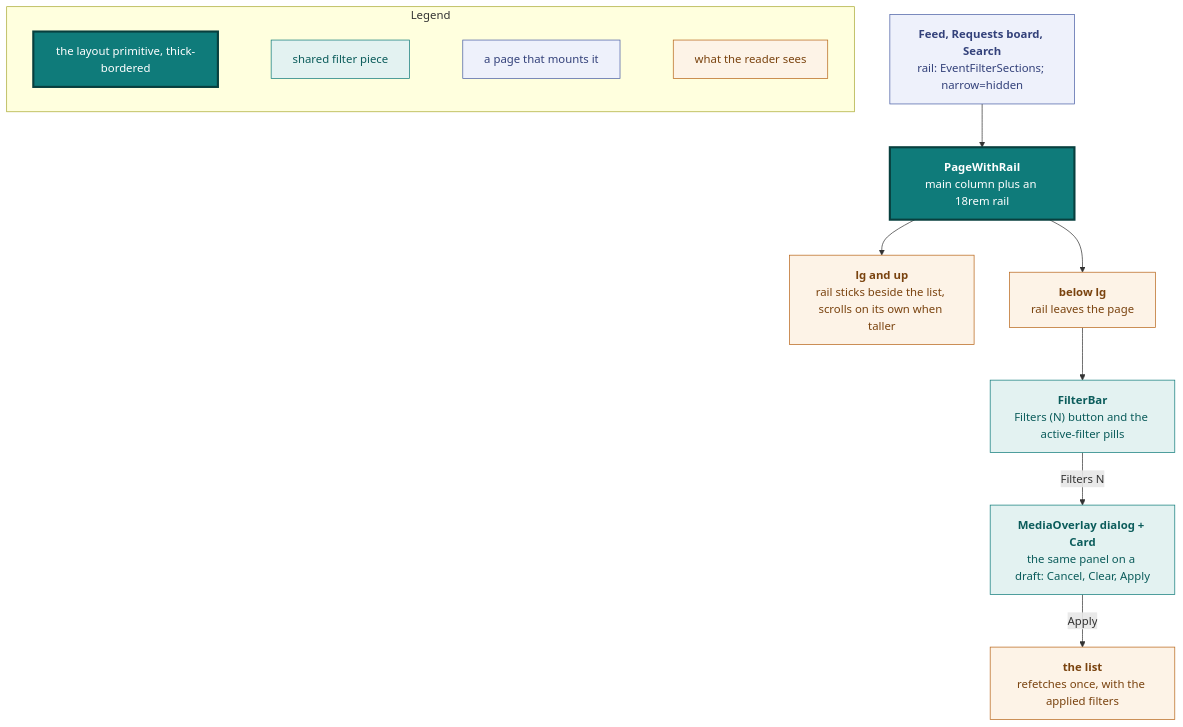
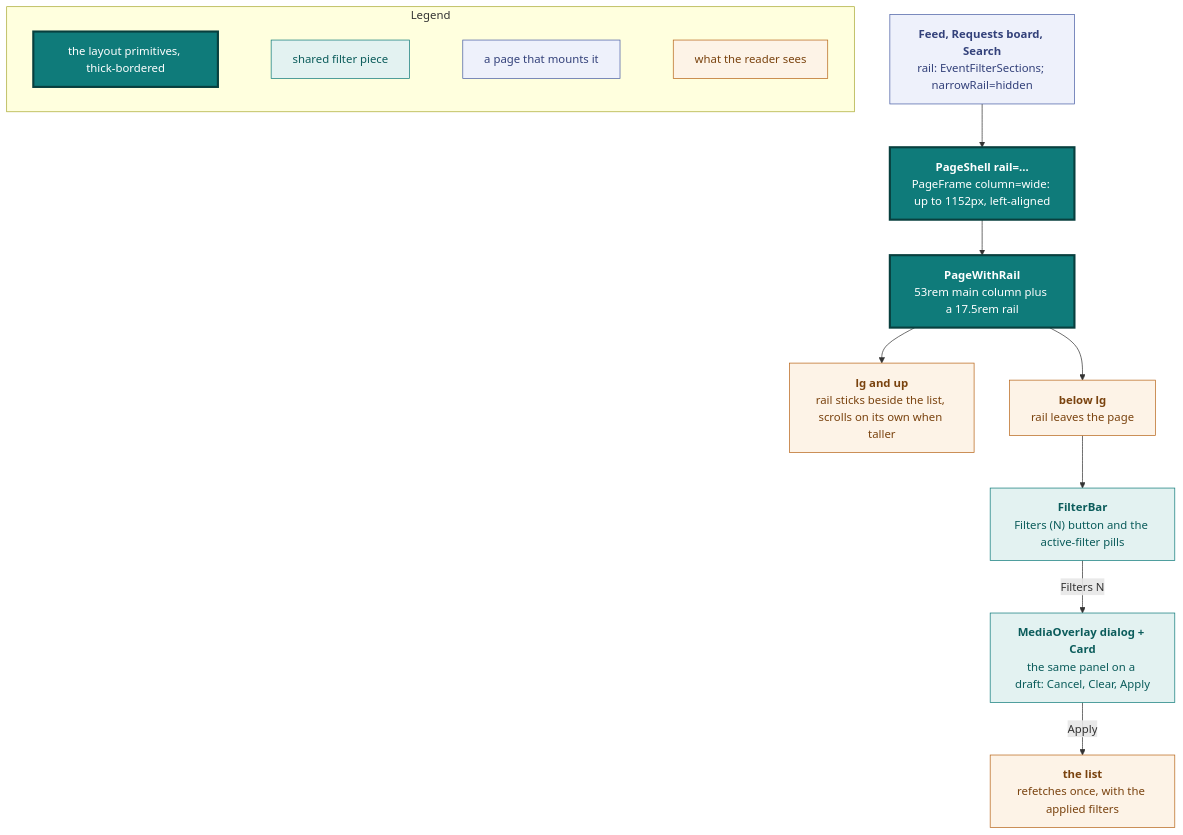
Before and after one commit to vidithq/vidit: the third of 9 diagrams in docs/design.md, drawn with Mermaid. The commit also changed other lines of this file and 9 other files, not shown here.

First line of the commit message:
feat: share one left-aligned page container across the app

````diff
--- a/docs/design.md
+++ b/docs/design.md
@@ -342,38 +342,40 @@
 ```mermaid
 flowchart TB
   classDef shared fill:#e3f2f1,stroke:#0f7b7a,color:#0b5c5b
   classDef core fill:#0f7b7a,stroke:#083f3e,stroke-width:3px,color:#ffffff
   classDef page fill:#eef1fb,stroke:#4a5fa5,color:#33417a
   classDef state fill:#fdf3e7,stroke:#b8661a,color:#7a430f
 
   subgraph legend [Legend]
     direction LR
-    l1["`the layout primitive, thick-bordered`"]:::core
+    l1["`the layout primitives, thick-bordered`"]:::core
     l2["`shared filter piece`"]:::shared
     l3["`a page that mounts it`"]:::page
     l4["`what the reader sees`"]:::state
     l1 ~~~ l2 ~~~ l3 ~~~ l4
   end
 
+  shell["`**PageShell rail=…**
+  PageFrame column=wide: up to 1152px, left-aligned`"]:::core
   layout["`**PageWithRail**
-  main column plus an 18rem rail`"]:::core
+  53rem main column plus a 17.5rem rail`"]:::core
   pages["`**Feed, Requests board, Search**
-  rail: EventFilterSections; narrow=hidden`"]:::page
+  rail: EventFilterSections; narrowRail=hidden`"]:::page
   wide["`**lg and up**
   rail sticks beside the list, scrolls on its own when taller`"]:::state
   narrow["`**below lg**
   rail leaves the page`"]:::state
   bar["`**FilterBar**
   Filters (N) button and the active-filter pills`"]:::shared
   dialog["`**MediaOverlay dialog + Card**
   the same panel on a draft: Cancel, Clear, Apply`"]:::shared
   list["`**the list**
   refetches once, with the applied filters`"]:::state
 
-  pages --> layout
+  pages --> shell --> layout
   layout --> wide
   layout --> narrow
   narrow --> bar
   bar -->|Filters N| dialog
   dialog -->|Apply| list
 ```
````
